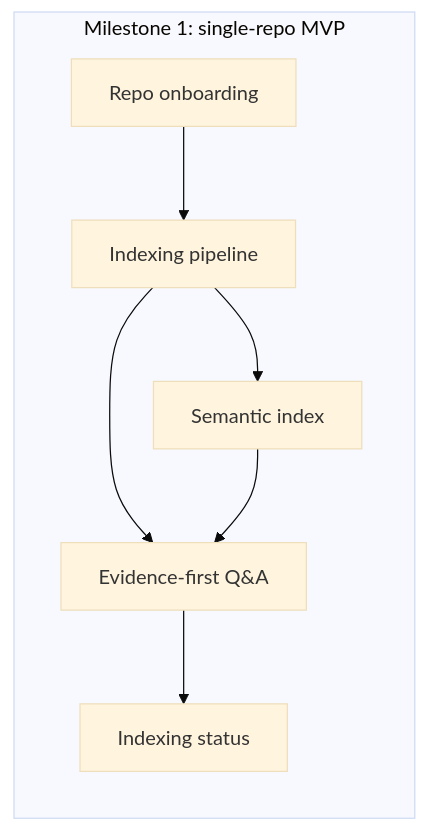
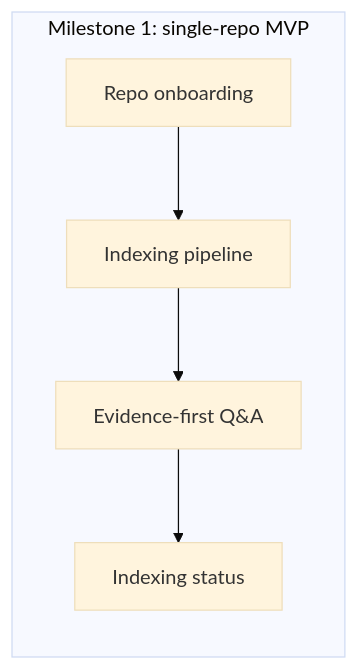
One commit to jensjohansen/codeknowl changed the second of 3 diagrams in docs/implementation-plan-tracker.md. Above: the diagram before and after it, drawn with Mermaid (base theme). The commit also changed other lines of this file and 39 other files, not shown here.

````diff
--- a/docs/implementation-plan-tracker.md
+++ b/docs/implementation-plan-tracker.md
@@ -102,15 +145,12 @@
 ```mermaid
 flowchart LR
   subgraph M1[Milestone 1: single-repo MVP]
     A[Repo onboarding]
     B[Indexing pipeline]
-    C[Semantic index]
     D[Evidence-first Q&A]
     E[Indexing status]
   end
   A --> B
-  B --> C
   B --> D
-  C --> D
   D --> E
 ```
````
